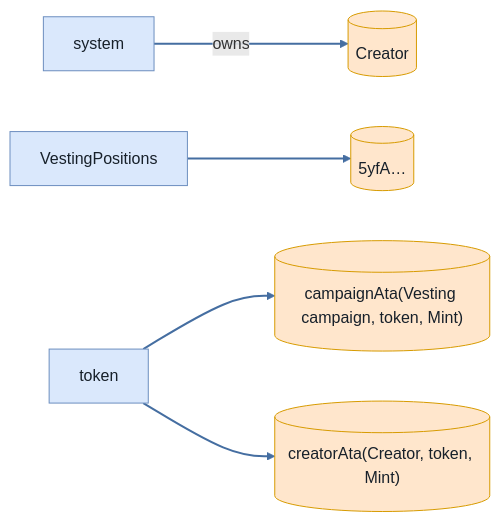
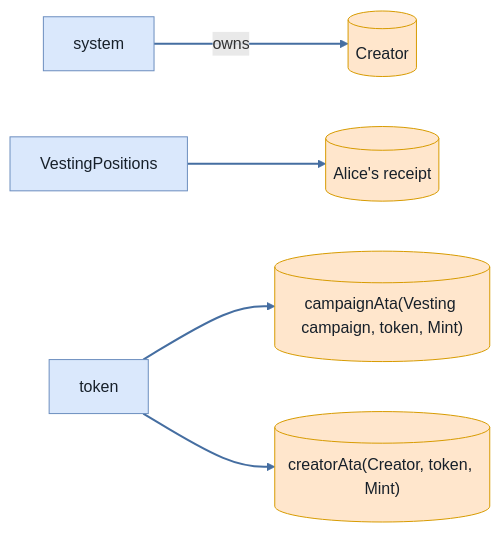
One commit to cds-turbin3/vesting-position changed the ninth of 9 diagrams in babelfish-tests/test-report/clawback_unclaimed_fails_if_already_claimed.md. Above: the diagram before and after it, drawn with Mermaid. The commit also changed other lines of this file and 104 other files, not shown here.

````diff
--- a/babelfish-tests/test-report/clawback_unclaimed_fails_if_already_claimed.md
+++ b/babelfish-tests/test-report/clawback_unclaimed_fails_if_already_claimed.md
@@ -412,18 +411,18 @@
 ```mermaid
 flowchart LR
     system["system"]:::program
     Creator[("Creator")]:::state
     VestingPositions["VestingPositions"]:::program
-    n5yfA[("5yfA…")]:::state
+    Alicesreceipt[("Alice's receipt")]:::state
     token["token"]:::program
     campaignAtaVestingcampaigntokenMint[("campaignAta(Vesting campaign, token, Mint)")]:::state
     creatorAtaCreatortokenMint[("creatorAta(Creator, token, Mint)")]:::state
     system -->|owns| Creator
-    VestingPositions --> n5yfA
+    VestingPositions --> Alicesreceipt
     token --> campaignAtaVestingcampaigntokenMint
     token --> creatorAtaCreatortokenMint
     classDef program fill:#dae8fc,stroke:#6c8ebf,color:#17202a;
     classDef signer fill:#d5e8d4,stroke:#82b366,color:#17202a;
     classDef state fill:#ffe6cc,stroke:#d79b00,color:#17202a;
     linkStyle 0,1,2,3 stroke:#456ea1,stroke-width:2px
 ```
````
